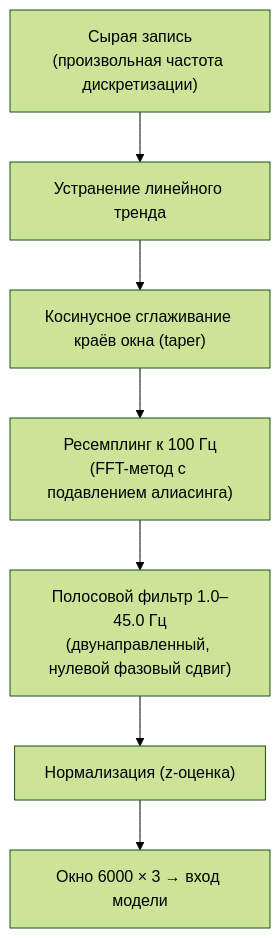
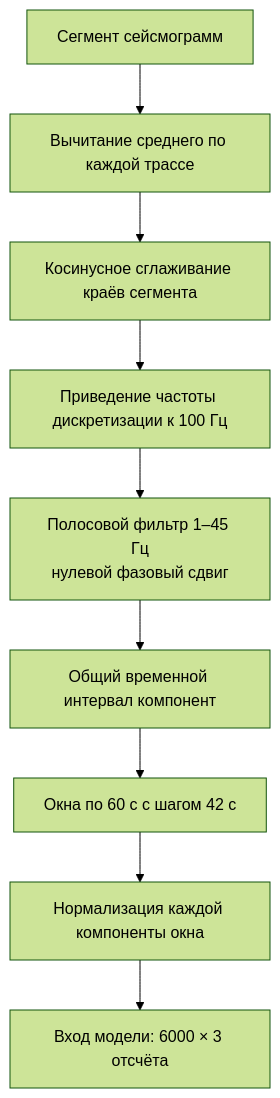
Before and after one commit to ruhose73/FastEQT: the third of 13 diagrams in docs/doc-physical.md, drawn with Mermaid (forest theme). The commit also changed other lines of this file, not shown here.

````diff
--- a/docs/doc-physical.md
+++ b/docs/doc-physical.md
@@ -107,9 +124,11 @@
 ```mermaid
 flowchart TD
-    R0["Сырая запись<br/>(произвольная частота дискретизации)"] --> R1["Устранение линейного тренда"]
-    R1 --> R2["Косинусное сглаживание краёв окна (taper)"]
-    R2 --> R3["Ресемплинг к 100 Гц<br/>(FFT-метод с подавлением алиасинга)"]
-    R3 --> R4["Полосовой фильтр 1.0–45.0 Гц<br/>(двунаправленный, нулевой фазовый сдвиг)"]
-    R4 --> R5["Нормализация (z-оценка)"]
-    R5 --> R6["Окно 6000 × 3 → вход модели"]
+    R0["Сегмент сейсмограмм"] --> R1["Вычитание среднего по каждой трассе"]
+    R1 --> R2["Косинусное сглаживание краёв сегмента"]
+    R2 --> R3["Приведение частоты дискретизации к 100 Гц"]
+    R3 --> R4["Полосовой фильтр 1–45 Гц<br/>нулевой фазовый сдвиг"]
+    R4 --> R5["Общий временной интервал компонент"]
+    R5 --> R6["Окна по 60 с с шагом 42 с"]
+    R6 --> R7["Нормализация каждой компоненты окна"]
+    R7 --> R8["Вход модели: 6000 × 3 отсчёта"]
 ```
````
